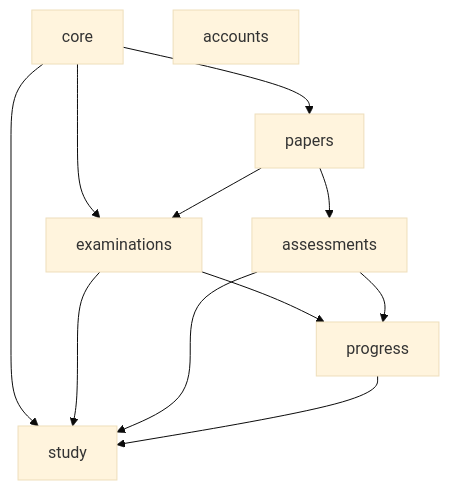
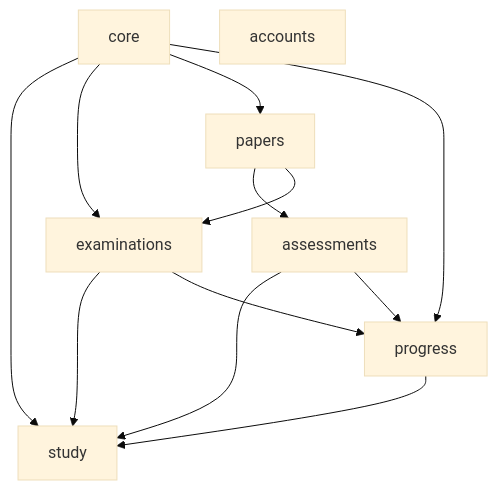
One commit to nrstatlab/planning-for-future changed the second of 4 diagrams in Webapp/ARCHITECTURE.md. Above: the diagram before and after it, drawn with Mermaid (base theme). The commit also changed other lines of this file and 1 other file, not shown here.

First line of the commit message:
Webapp: record Phase 2 in the architecture

````diff
--- a/Webapp/ARCHITECTURE.md
+++ b/Webapp/ARCHITECTURE.md
@@ -82,9 +82,9 @@
 ```mermaid
 flowchart TB
-  core --> study & examinations & papers
+  core --> study & examinations & papers & progress
   accounts
   examinations --> study & progress
   papers --> assessments & examinations
   assessments --> study & progress
   progress --> study
 ```
````
